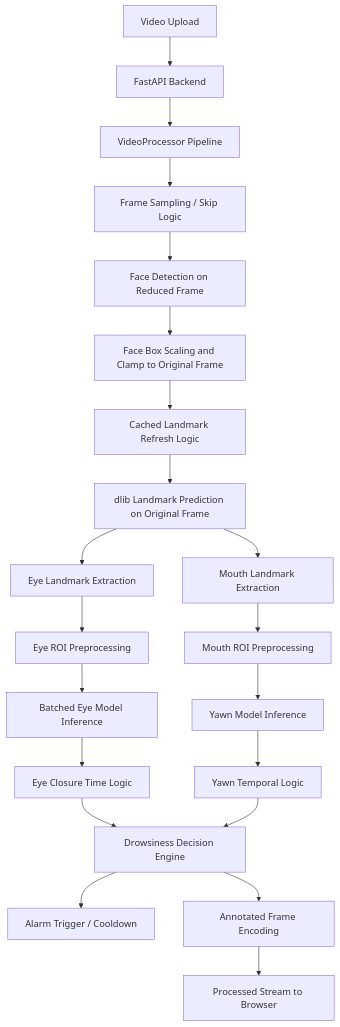
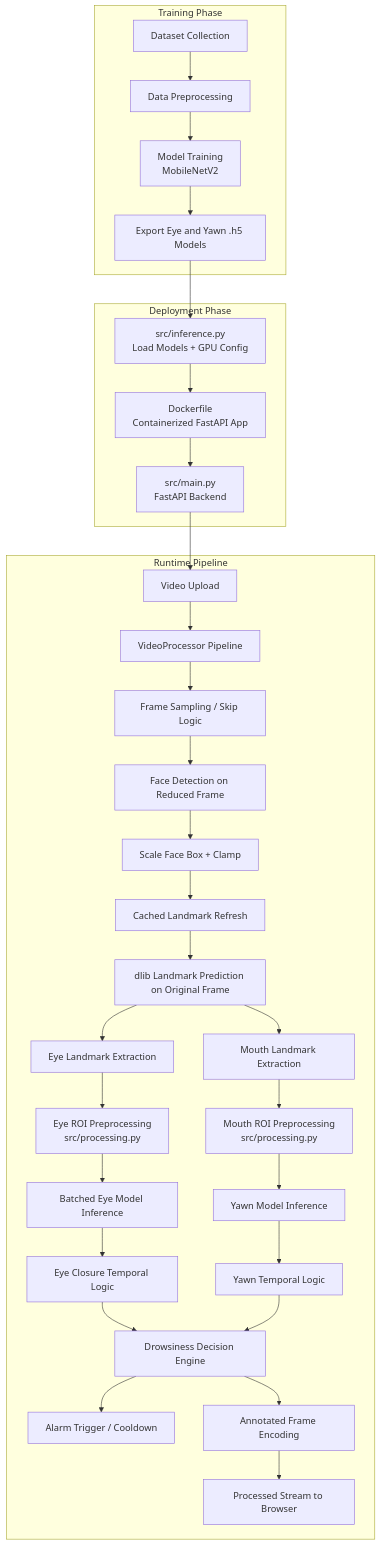
The diagram in README.md (Vatsalyakrish02/DriveSafe-VISION-DMS-v2), drawn with Mermaid before and after one commit.

Commit message:
Enhance flowchart with training and deployment phases
Added detailed phases for training, deployment, and runtime in the flowchart.

````diff
--- a/README.md
+++ b/README.md
@@ -98,30 +98,46 @@
 ```mermaid
 flowchart TD
-    A[Video Upload] --> B[FastAPI Backend]
-    B --> C[VideoProcessor Pipeline]
-    C --> D[Frame Sampling / Skip Logic]
-    D --> E[Face Detection on Reduced Frame]
-    E --> F[Face Box Scaling and Clamp to Original Frame]
-    F --> G[Cached Landmark Refresh Logic]
-    G --> H[dlib Landmark Prediction on Original Frame]
+    subgraph Training Phase
+        A[Dataset Collection]
+        B[Data Preprocessing]
+        C[Model Training<br/>MobileNetV2]
+        D[Export Eye and Yawn .h5 Models]
+        A --> B --> C --> D
+    end
 
-    H --> I[Eye Landmark Extraction]
-    H --> J[Mouth Landmark Extraction]
+    subgraph Deployment Phase
+        E[src/inference.py<br/>Load Models + GPU Config]
+        F[Dockerfile<br/>Containerized FastAPI App]
+        G[src/main.py<br/>FastAPI Backend]
+        D --> E --> F --> G
+    end
 
-    I --> K[Eye ROI Preprocessing]
-    J --> L[Mouth ROI Preprocessing]
+    subgraph Runtime Pipeline
+        H[Video Upload]
+        I[VideoProcessor Pipeline]
+        J[Frame Sampling / Skip Logic]
+        K[Face Detection on Reduced Frame]
+        L[Scale Face Box + Clamp]
+        M[Cached Landmark Refresh]
+        N[dlib Landmark Prediction on Original Frame]
+        O[Eye Landmark Extraction]
+        P[Mouth Landmark Extraction]
+        Q[Eye ROI Preprocessing<br/>src/processing.py]
+        R[Mouth ROI Preprocessing<br/>src/processing.py]
+        S[Batched Eye Model Inference]
+        T[Yawn Model Inference]
+        U[Eye Closure Temporal Logic]
+        V[Yawn Temporal Logic]
+        W[Drowsiness Decision Engine]
+        X[Alarm Trigger / Cooldown]
+        Y[Annotated Frame Encoding]
+        Z[Processed Stream to Browser]
 
-    K --> M[Batched Eye Model Inference]
-    L --> N[Yawn Model Inference]
-
-    M --> O[Eye Closure Time Logic]
-    N --> P[Yawn Temporal Logic]
-
-    O --> Q[Drowsiness Decision Engine]
-    P --> Q
-
-    Q --> R[Alarm Trigger / Cooldown]
-    Q --> S[Annotated Frame Encoding]
-    S --> T[Processed Stream to Browser]
+        G --> H --> I --> J --> K --> L --> M --> N
+        N --> O --> Q --> S --> U --> W
+        N --> P --> R --> T --> V --> W
+        W --> X
+        W --> Y --> Z
+    end
 
 ```
````
